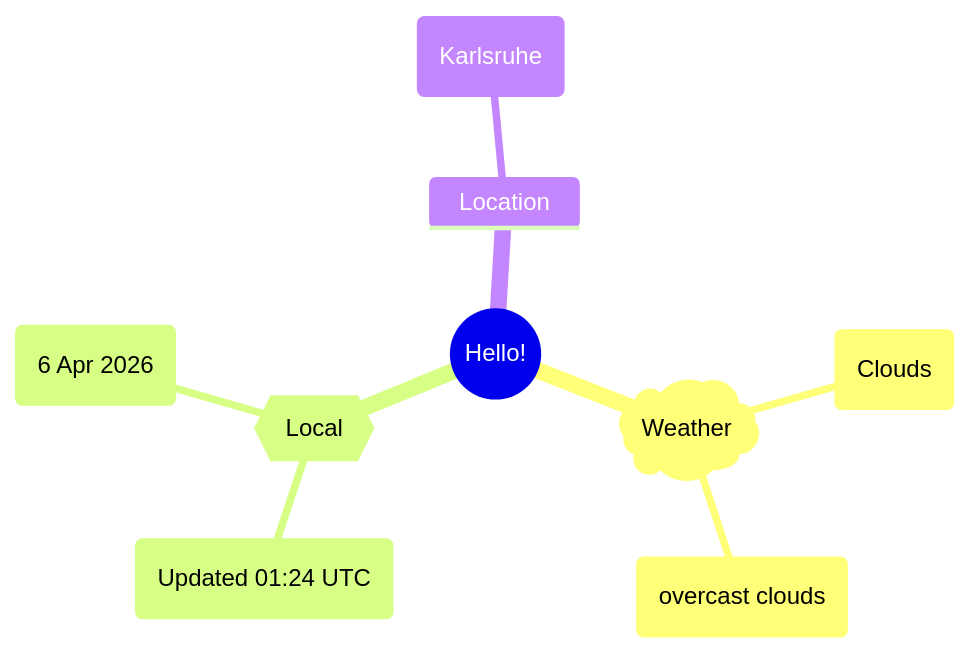
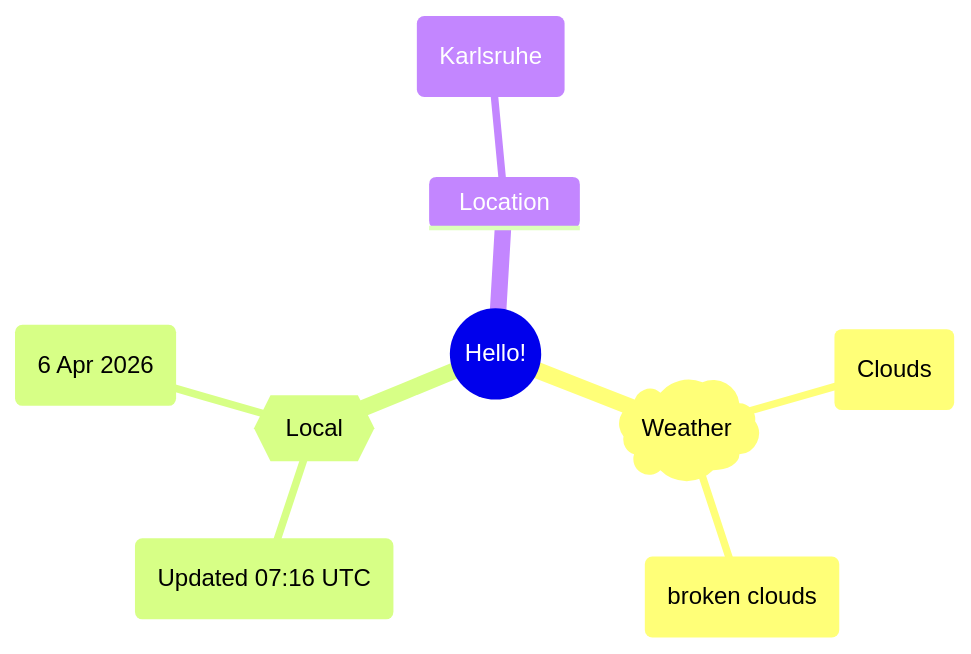
The first of 2 diagrams in README.md (Xosrov/Xosrov), drawn with Mermaid before and after one commit.

Commit message:
[bot] updated images

````diff
--- a/README.md
+++ b/README.md
@@ -3,12 +3,12 @@
 ```mermaid
 mindmap
   root((Hello!))
     )Weather(
         (Clouds)
-        (overcast clouds)
+        (broken clouds)
     {{Local}}
-        (Updated 01:24 UTC)
+        (Updated 07:16 UTC)
         (6 Apr 2026)
     Location
         (Karlsruhe)
 ```
````
